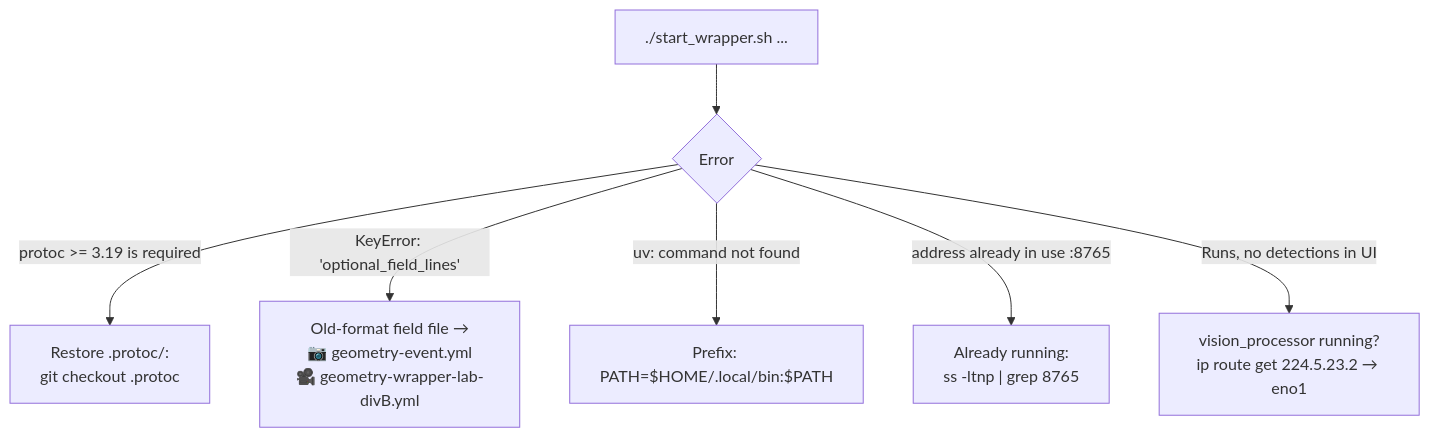
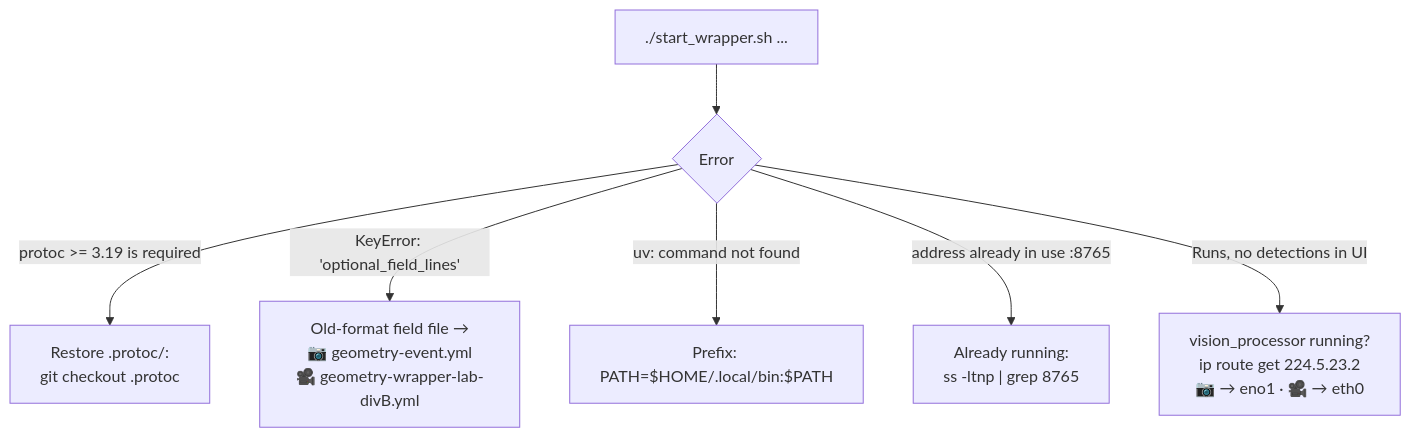
The third of 4 diagrams in docs/troubleshooting.md (WSU-TurtleRabbit/ssl-vision-processor), drawn with Mermaid before and after one commit. The commit also changed other lines of this file and 7 other files, not shown here.

````diff
--- a/docs/troubleshooting.md
+++ b/docs/troubleshooting.md
@@ -48,9 +48,9 @@
 ```mermaid
 flowchart TD
     A["./start_wrapper.sh ..."] --> B{"Error"}
     B -->|"protoc >= 3.19 is required"| B1["Restore .protoc/:<br/>git checkout .protoc"]
     B -->|"KeyError: 'optional_field_lines'"| B2["Old-format field file →<br/>📷 geometry-event.yml<br/>🎥 geometry-wrapper-lab-divB.yml"]
     B -->|"uv: command not found"| B3["Prefix: PATH=$HOME/.local/bin:$PATH"]
     B -->|"address already in use :8765"| B4["Already running:<br/>ss -ltnp | grep 8765"]
-    B -->|"Runs, no detections in UI"| B5["vision_processor running?<br/>ip route get 224.5.23.2 → eno1"]
+    B -->|"Runs, no detections in UI"| B5["vision_processor running?<br/>ip route get 224.5.23.2<br/>📷 → eno1 · 🎥 → eth0"]
 ```
````
